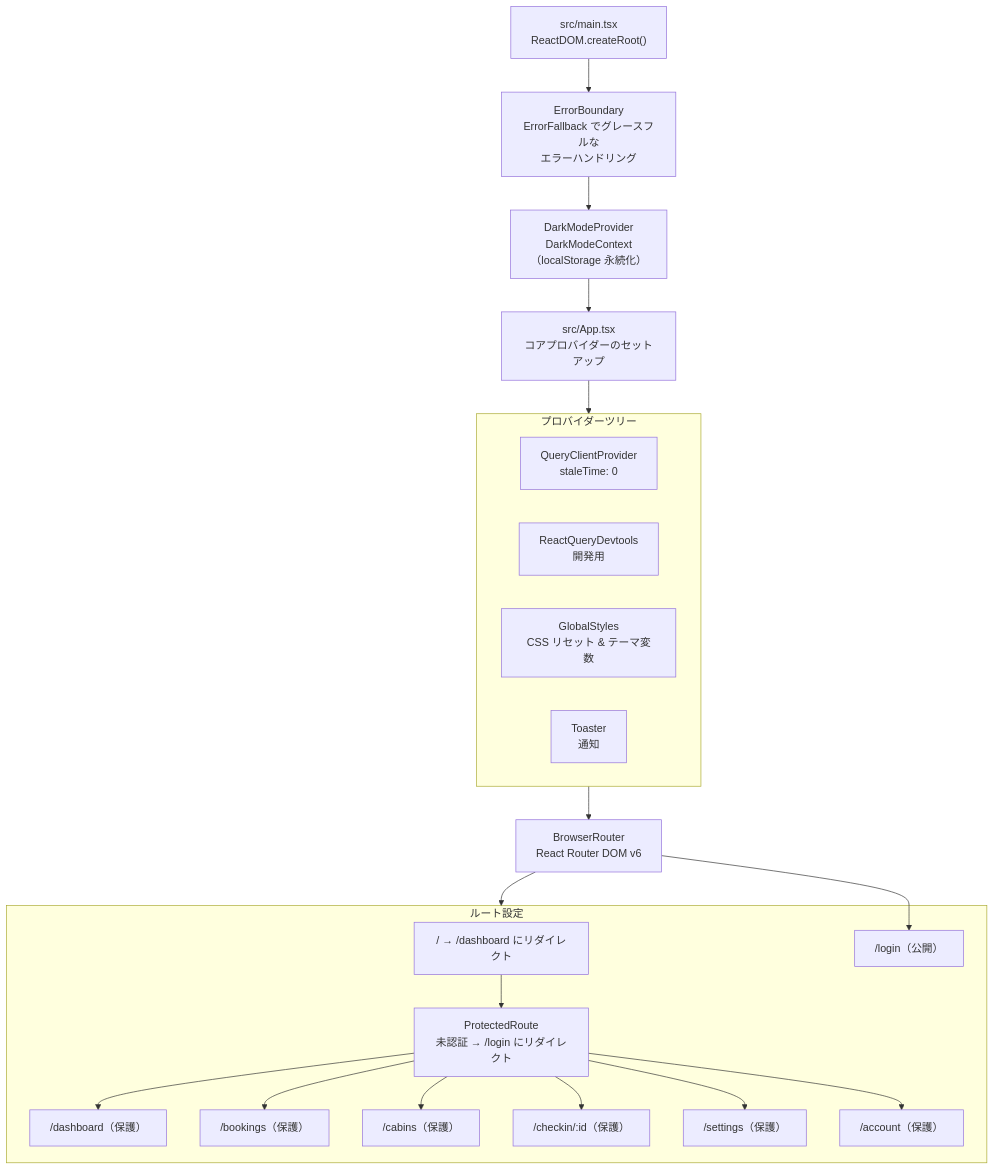
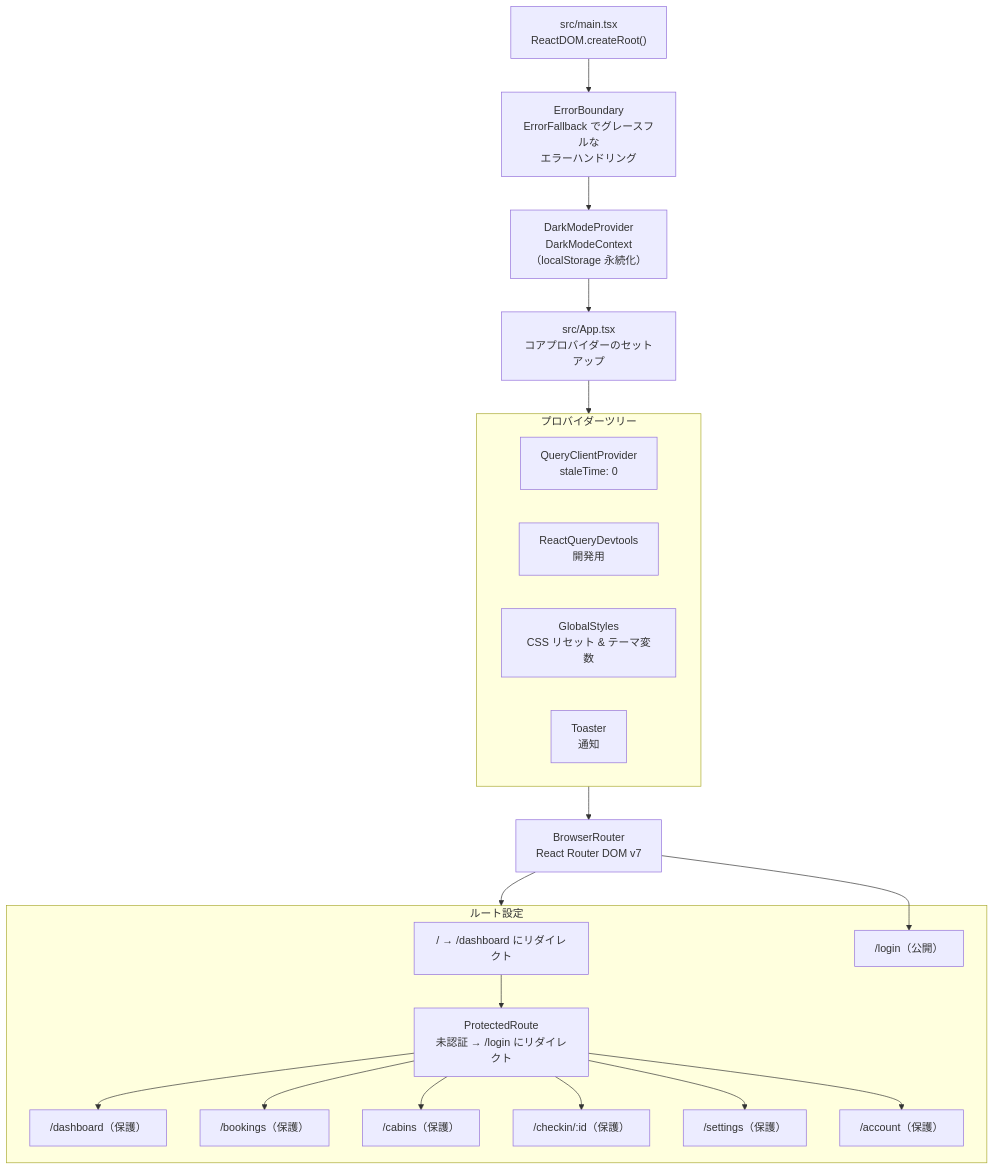
The sixth of 7 diagrams in README.md (myoshi2891/The-Wild-Oasis-For-Admin), drawn with Mermaid before and after one commit. The commit also changed other lines of this file, not shown here.

Commit message:
docs(readme): fix architectural and dependency version inconsistencies

````diff
--- a/README.md
+++ b/README.md
@@ -298,41 +284,41 @@
 ```mermaid
 flowchart TD
     MAIN["src/main.tsx\nReactDOM.createRoot()"]
     EB["ErrorBoundary\nErrorFallback でグレースフルな\nエラーハンドリング"]
     DMP["DarkModeProvider\nDarkModeContext\n（localStorage 永続化）"]
     APP["src/App.tsx\nコアプロバイダーのセットアップ"]
 
     subgraph PROVIDERS["プロバイダーツリー"]
         QCP["QueryClientProvider\nstaleTime: 0"]
         RQD["ReactQueryDevtools\n開発用"]
         GS["GlobalStyles\nCSS リセット & テーマ変数"]
         TOASTER["Toaster\n通知"]
     end
 
-    BROWSER["BrowserRouter\nReact Router DOM v6"]
+    BROWSER["BrowserRouter\nReact Router DOM v7"]
 
     subgraph ROUTES["ルート設定"]
         ROOT["/ → /dashboard にリダイレクト"]
         PROT["ProtectedRoute\n未認証 → /login にリダイレクト"]
         LOGIN["/login（公開）"]
         DASH2["/dashboard（保護）"]
         BOOK2["/bookings（保護）"]
         CABIN2["/cabins（保護）"]
         CHECK["/checkin/:id（保護）"]
         SET["/settings（保護）"]
         ACC["/account（保護）"]
     end
 
     MAIN --> EB --> DMP --> APP
     APP --> PROVIDERS
     PROVIDERS --> BROWSER
     BROWSER --> ROUTES
     ROOT --> PROT
     PROT --> DASH2
     PROT --> BOOK2
     PROT --> CABIN2
     PROT --> CHECK
     PROT --> SET
     PROT --> ACC
     BROWSER --> LOGIN
 ```
````
